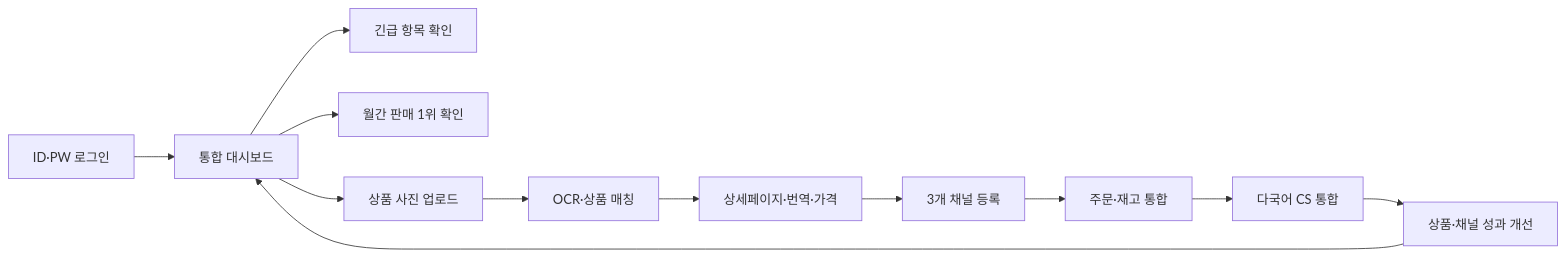
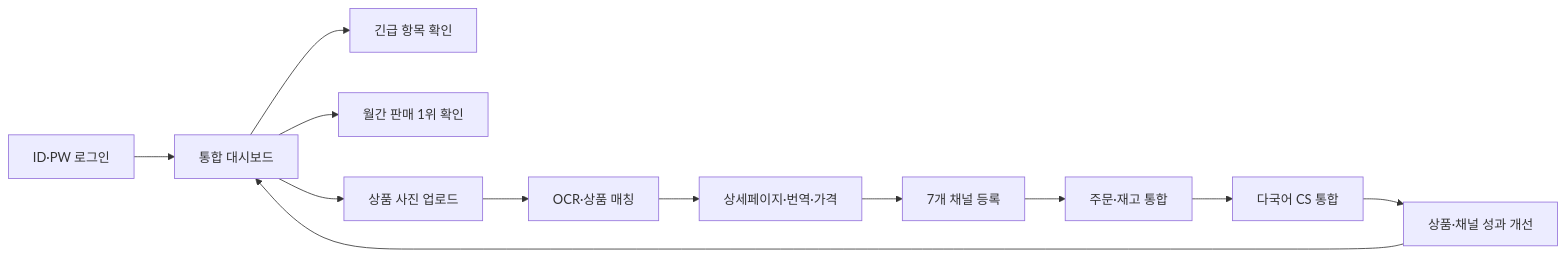
Before and after one commit to couplit-korean/sellerpilot-global: the diagram in docs/멀티채널_커머스_운영센터_스토리보드.md, drawn with Mermaid. The commit also changed other lines of this file and 6 other files, not shown here.

````diff
--- a/docs/멀티채널_커머스_운영센터_스토리보드.md
+++ b/docs/멀티채널_커머스_운영센터_스토리보드.md
@@ -23,14 +23,14 @@
 ```mermaid
 flowchart LR
   A["ID·PW 로그인"] --> B["통합 대시보드"]
   B --> C["긴급 항목 확인"]
   B --> D["월간 판매 1위 확인"]
   B --> E["상품 사진 업로드"]
   E --> F["OCR·상품 매칭"]
   F --> G["상세페이지·번역·가격"]
-  G --> H["3개 채널 등록"]
+  G --> H["7개 채널 등록"]
   H --> I["주문·재고 통합"]
   I --> J["다국어 CS 통합"]
   J --> K["상품·채널 성과 개선"]
   K --> B
 ```
````
